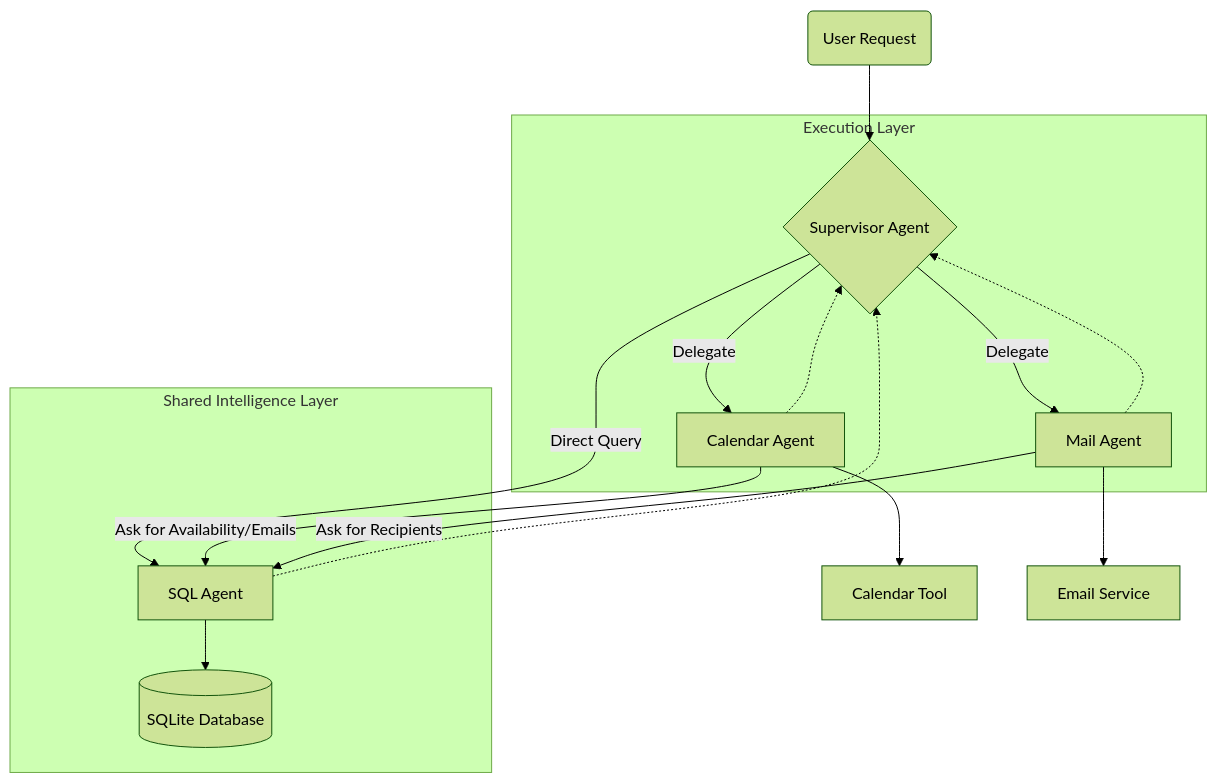
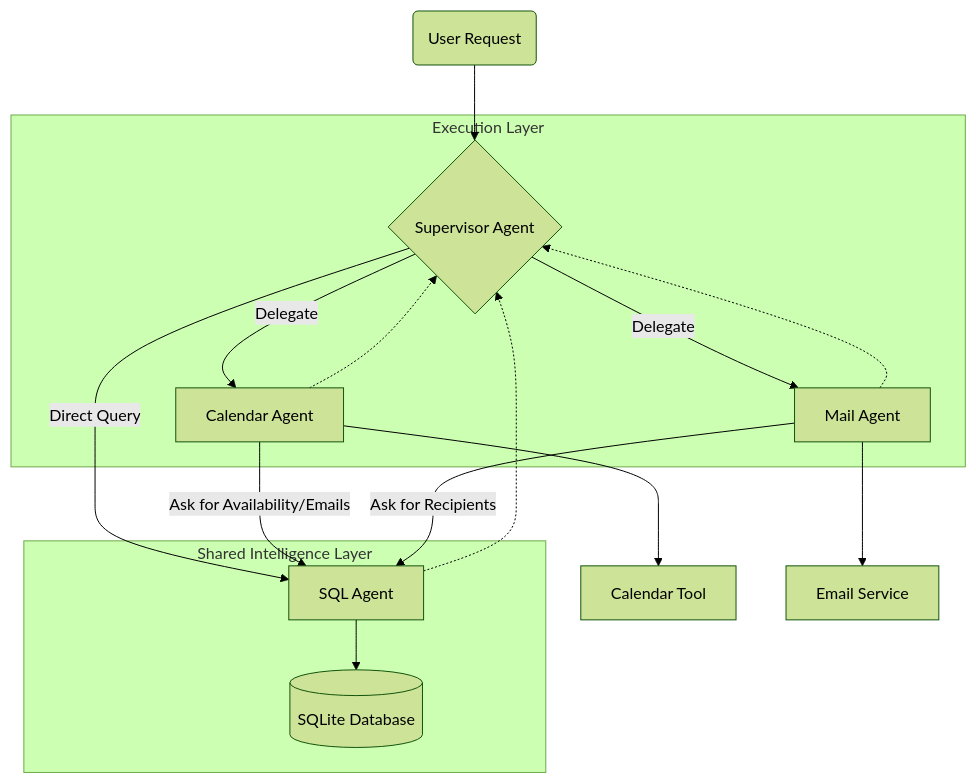
The diagram in README.md (danielecelsa/mail-calendar-assistant), drawn with Mermaid (forest theme) before and after one commit.

Commit message:
Readme graph

````diff
--- a/README.md
+++ b/README.md
@@ -45,39 +45,31 @@
 ```mermaid
 graph TD
     User(User Request) --> Supervisor{Supervisor Agent}
     
     subgraph "Execution Layer"
         Supervisor -- "Delegate" --> Cal[Calendar Agent]
         Supervisor -- "Delegate" --> Mail[Mail Agent]
     end
     
-    subgraph "Shared Intelligence Layer"
-        %% 1. This invisible node pushes the content down
-        Spacer[ ] 
-        %% 2. Invisible link to SQL Agent
-        Spacer ~~~ SQL
+    subgraph "Shared Intelligence Layer<br><br><br>"
         SQL[SQL Agent]
         DB[(SQLite Database)]
         SQL --> DB
     end
     
     %% The Supervisor can call SQL directly
     Supervisor -- "Direct Query" --> SQL
     
     %% The CRITICAL part: Workers calling the SQL Agent
     Cal -- "Ask for Availability/Emails" --> SQL
     Mail -- "Ask for Recipients" --> SQL
     
     %% Tools
     Cal --> GCal[Calendar Tool]
     Mail --> SMTP[Email Service]
     
     %% Returns
     Cal -.-> Supervisor
     Mail -.-> Supervisor
     SQL -.-> Supervisor
-    
-    %% 3. Styling to make the Spacer completely invisible
-    classDef invisible fill:none,stroke:none,color:#0000;
-    class Spacer invisible;
 ```
````
